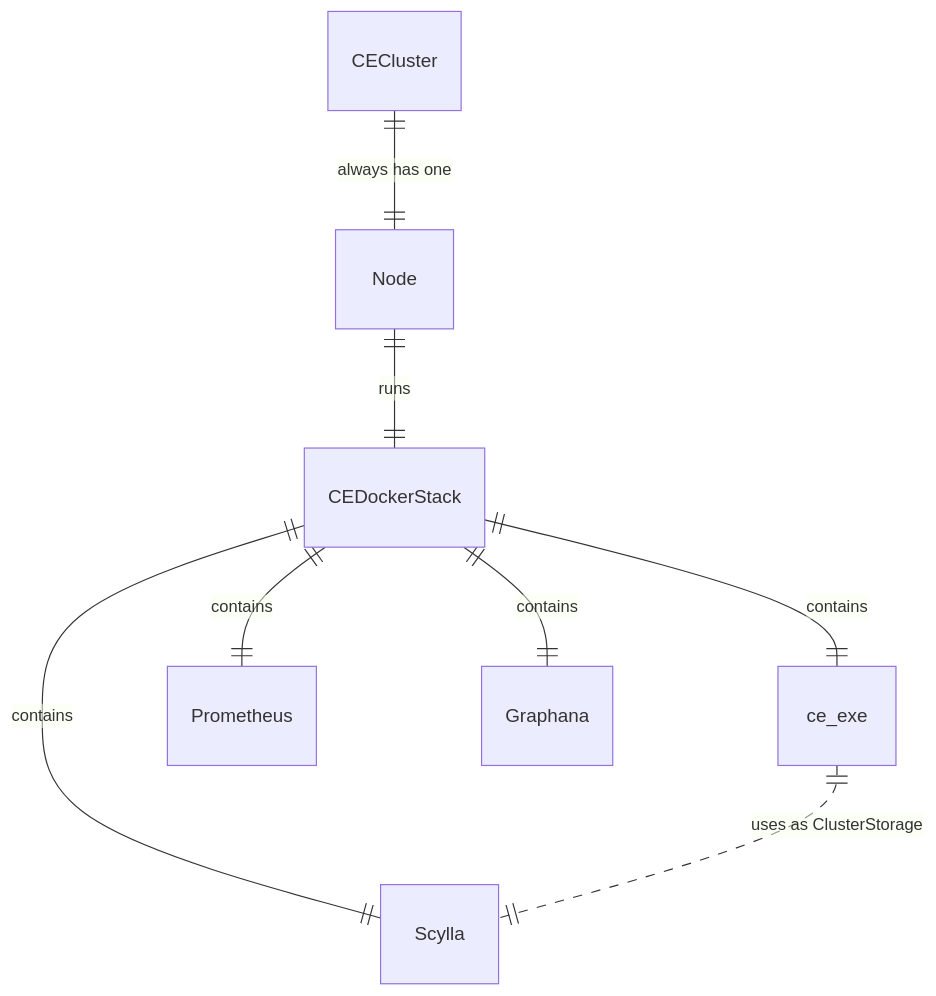
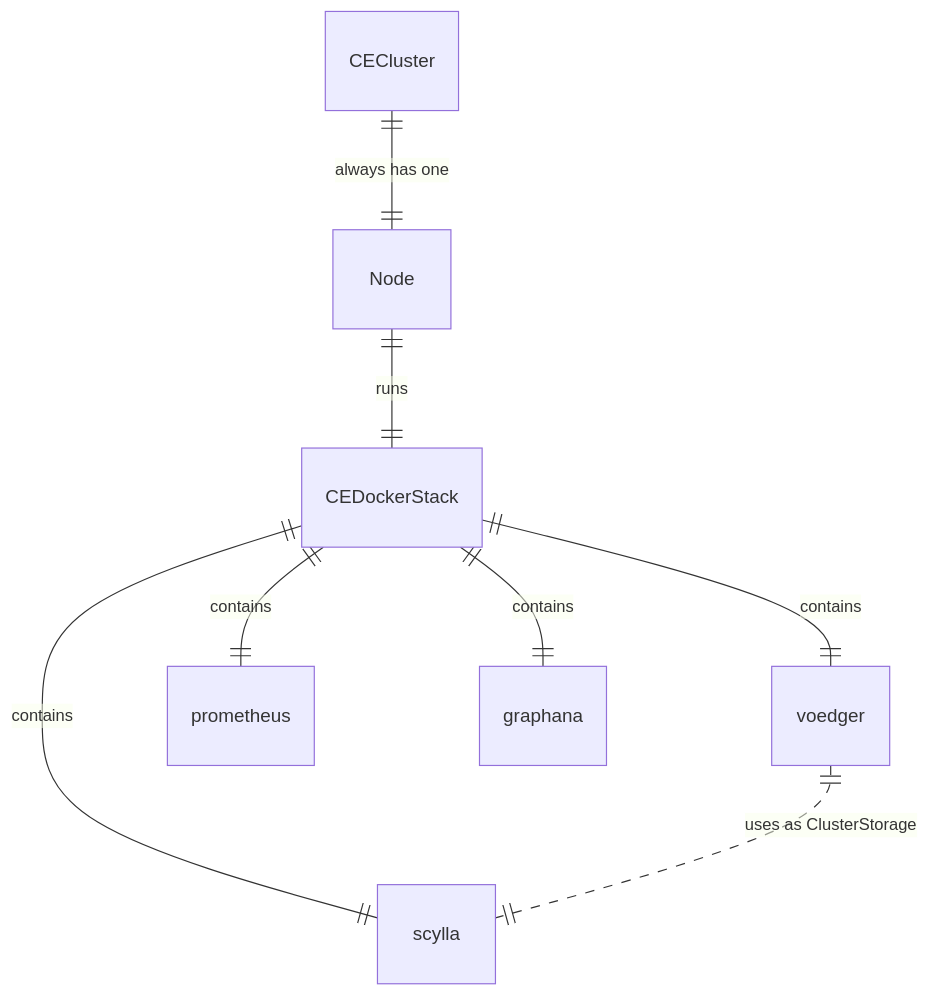
Before and after one commit to voedger/voedger: diagram 14 of 16 in design/README.md, drawn with Mermaid. The commit also changed other lines of this file and 1 other file, not shown here.

````diff
--- a/design/README.md
+++ b/design/README.md
@@ -402,10 +402,10 @@
 ```mermaid
     erDiagram
     CECluster ||--|| Node : "always has one"
     Node ||--|| CEDockerStack : "runs"
-    CEDockerStack ||--|| ce_exe : "contains"
-    CEDockerStack ||--|| Prometheus : "contains"
-    CEDockerStack ||--|| Graphana : "contains"
-    CEDockerStack ||--|| Scylla : "contains"
-    ce_exe ||..|| Scylla : "uses as ClusterStorage"
+    CEDockerStack ||--|| voedger : "contains"
+    CEDockerStack ||--|| prometheus : "contains"
+    CEDockerStack ||--|| graphana : "contains"
+    CEDockerStack ||--|| scylla : "contains"
+    voedger ||..|| scylla : "uses as ClusterStorage"
 ```
````
